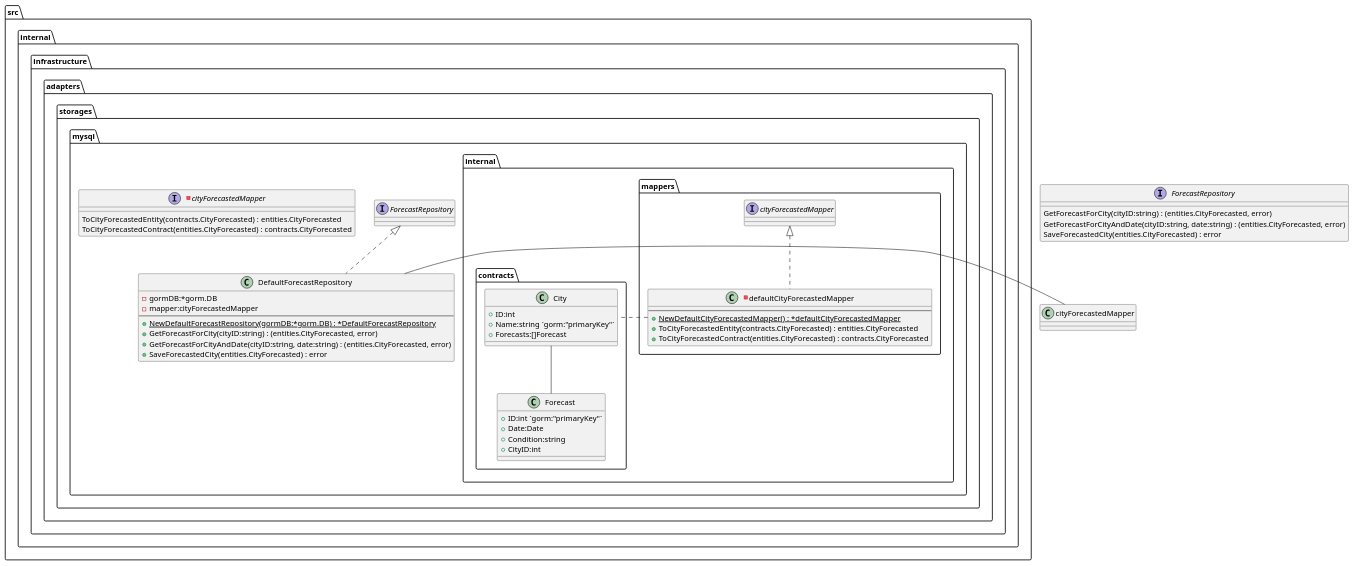
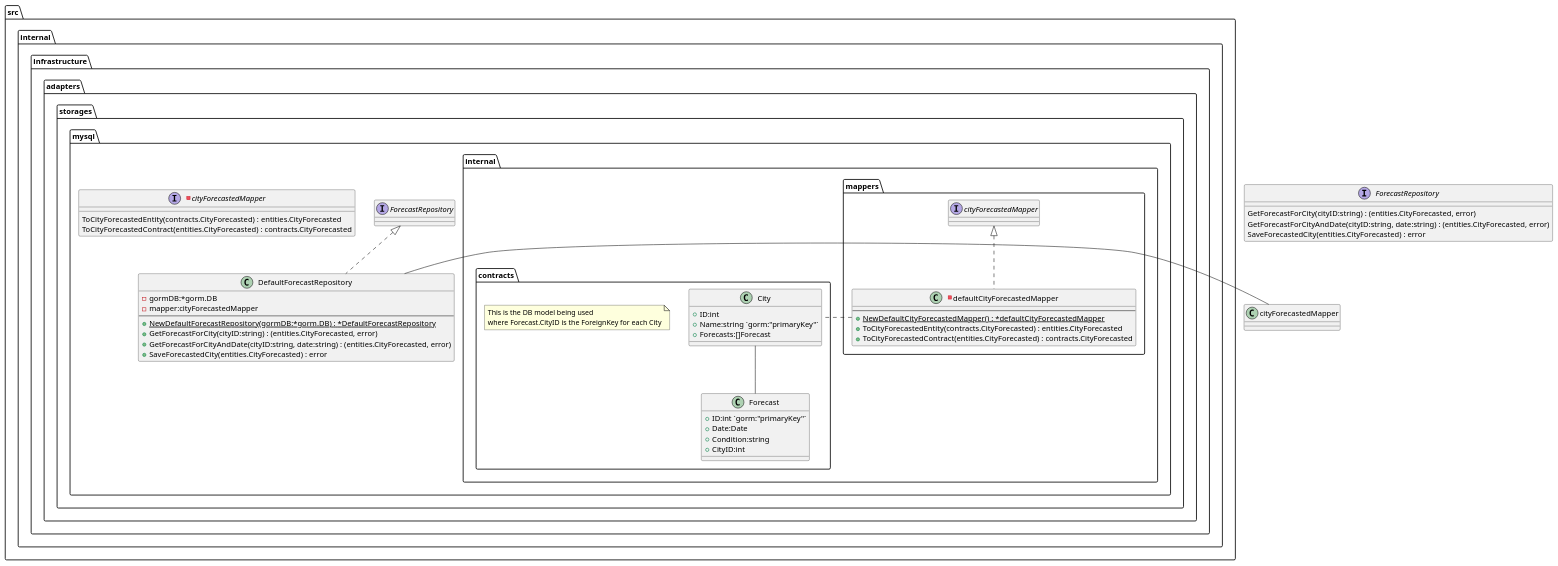
Before and after one commit to micoyeye22/TUITechHomework: the diagram in docs/usecases/forecastcity/repository/default_forecast_repository_class.puml, drawn with PlantUML. The commit also changed 1 other file, not shown here.

```diff
--- a/docs/usecases/forecastcity/repository/default_forecast_repository_class.puml
+++ b/docs/usecases/forecastcity/repository/default_forecast_repository_class.puml
@@ -1,56 +1,60 @@
 @startuml
 
 interface ForecastRepository {
     GetForecastForCity(cityID:string) : (entities.CityForecasted, error)
     GetForecastForCityAndDate(cityID:string, date:string) : (entities.CityForecasted, error)
     SaveForecastedCity(entities.CityForecasted) : error
 }
 
 package "src.internal.infrastructure.adapters.storages.mysql" {
     class DefaultForecastRepository implements ForecastRepository {
         - gormDB:*gorm.DB
         - mapper:cityForecastedMapper
         ---
         + {static} NewDefaultForecastRepository(gormDB:*gorm.DB) : *DefaultForecastRepository
         + GetForecastForCity(cityID:string) : (entities.CityForecasted, error)
         + GetForecastForCityAndDate(cityID:string, date:string) : (entities.CityForecasted, error)
         + SaveForecastedCity(entities.CityForecasted) : error
     }
 
     -interface cityForecastedMapper {
         ToCityForecastedEntity(contracts.CityForecasted) : entities.CityForecasted
         ToCityForecastedContract(entities.CityForecasted) : contracts.CityForecasted
     }
 
     package "internal" {
         package "mappers" {
             -class defaultCityForecastedMapper implements cityForecastedMapper {
                 ---
                 + {static} NewDefaultCityForecastedMapper() : *defaultCityForecastedMapper
                 + ToCityForecastedEntity(contracts.CityForecasted) : entities.CityForecasted
                 + ToCityForecastedContract(entities.CityForecasted) : contracts.CityForecasted
             }
         }
 
         package "contracts" {
+            note as n1
+                This is the DB model being used
+                where Forecast.CityID is the ForeignKey for each City
+            end note
             class City {
                 + ID:int
                 + Name:string `gorm:"primaryKey"`
                 + Forecasts:[]Forecast
             }
 
             class Forecast {
                 + ID:int `gorm:"primaryKey"`
                 + Date:Date
                 + Condition:string
                 + CityID:int
             }
         }
     }
 }
 
 DefaultForecastRepository - cityForecastedMapper
 defaultCityForecastedMapper . City
 City -- Forecast
 
 @enduml
```
